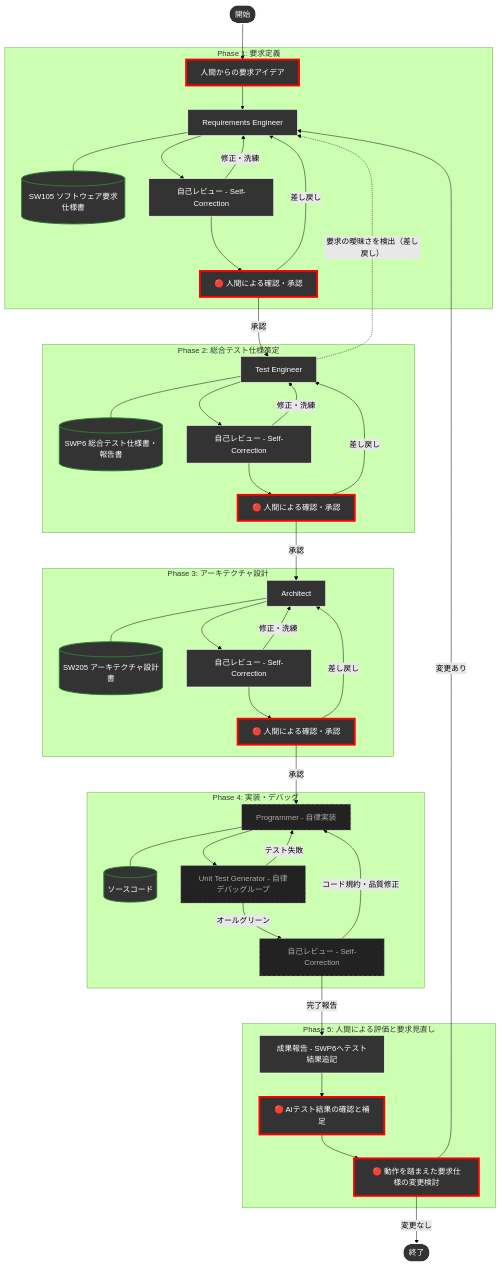
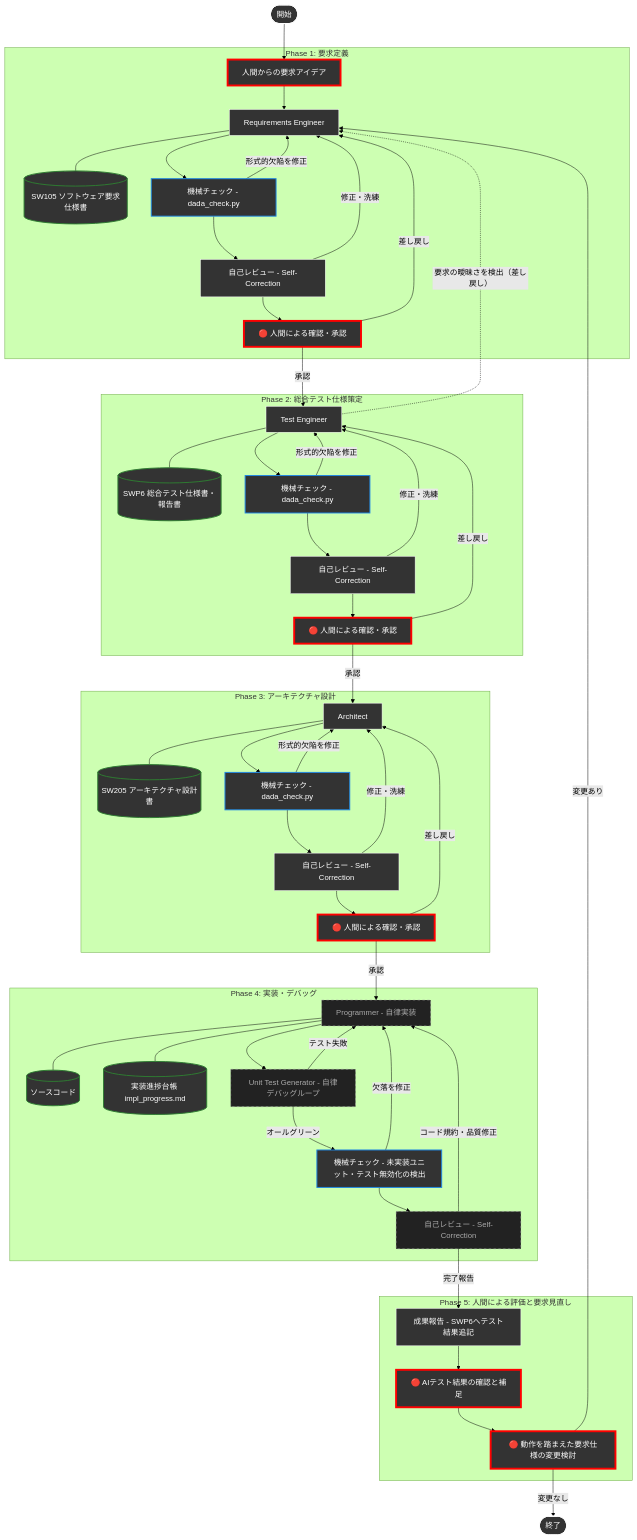
The diagram in README.md (yamaPiT/DADAProcess), drawn with Mermaid (forest theme) before and after one commit. The commit also changed other lines of this file and 24 other files, not shown here.

````diff
--- a/README.md
+++ b/README.md
@@ -246,62 +251,73 @@
 ```mermaid
 graph TD
     Start(["開始"]) --> UserReq["人間からの要求アイデア"]
 
     subgraph P1 ["Phase 1: 要求定義"]
         UserReq --> Req["Requirements Engineer"]
         Req --- ReqDoc[("SW105 ソフトウェア要求仕様書")]
-        Req --> ReqRev["自己レビュー - Self-Correction"]
+        Req --> ReqChk["機械チェック - dada_check.py"]
+        ReqChk -- 形式的欠陥を修正 --> Req
+        ReqChk --> ReqRev["自己レビュー - Self-Correction"]
         ReqRev -- 修正・洗練 --> Req
         ReqRev --> ReqHum["🔴 人間による確認・承認"]
         ReqHum -- 差し戻し --> Req
     end
 
     subgraph P2 ["Phase 2: 総合テスト仕様策定"]
         ReqHum -- 承認 --> TestPlan["Test Engineer"]
         TestPlan --- TestDoc[("SWP6 総合テスト仕様書・報告書")]
-        TestPlan --> TestRev["自己レビュー - Self-Correction"]
+        TestPlan --> TestChk["機械チェック - dada_check.py"]
+        TestChk -- 形式的欠陥を修正 --> TestPlan
+        TestChk --> TestRev["自己レビュー - Self-Correction"]
         TestRev -- 修正・洗練 --> TestPlan
         TestRev --> TestHum["🔴 人間による確認・承認"]
         TestHum -- 差し戻し --> TestPlan
     end
     TestPlan -. 要求の曖昧さを検出（差し戻し） .-> Req
 
     subgraph P3 ["Phase 3: アーキテクチャ設計"]
         TestHum -- 承認 --> Arch["Architect"]
         Arch --- ArchDoc[("SW205 アーキテクチャ設計書")]
-        Arch --> ArchRev["自己レビュー - Self-Correction"]
+        Arch --> ArchChk["機械チェック - dada_check.py"]
+        ArchChk -- 形式的欠陥を修正 --> Arch
+        ArchChk --> ArchRev["自己レビュー - Self-Correction"]
         ArchRev -- 修正・洗練 --> Arch
         ArchRev --> ArchHum["🔴 人間による確認・承認"]
         ArchHum -- 差し戻し --> Arch
     end
 
     subgraph P4 ["Phase 4: 実装・デバッグ"]
         ArchHum -- 承認 --> Impl["Programmer - 自律実装"]
         Impl --- ProgDoc[("ソースコード")]
+        Impl --- Ledger[("実装進捗台帳 impl_progress.md")]
         Impl --> ImplLoop["Unit Test Generator - 自律デバッグループ"]
         ImplLoop -- テスト失敗 --> Impl
-        ImplLoop -- オールグリーン --> CodeRev["自己レビュー - Self-Correction"]
+        ImplLoop -- オールグリーン --> CodeChk["機械チェック - 未実装ユニット・テスト無効化の検出"]
+        CodeChk -- 欠落を修正 --> Impl
+        CodeChk --> CodeRev["自己レビュー - Self-Correction"]
         CodeRev -- コード規約・品質修正 --> Impl
     end
 
     subgraph P5 ["Phase 5: 人間による評価と要求見直し"]
         CodeRev -- 完了報告 --> Report["成果報告 - SWP6へテスト結果追記"]
         Report --> Eval1["🔴 AIテスト結果の確認と補足"]
         Eval1 --> Eval2["🔴 動作を踏まえた要求仕様の変更検討"]
     end
     Eval2 -- 変更あり --> Req
     Eval2 -- 変更なし --> End(["終了"])
 
     %% スタイル定義
     classDef human fill:#333333,stroke:#ff0000,stroke-width:4px,color:#ffffff;
     classDef agent fill:#333333,stroke:#FFFFFF,stroke-width:1px,color:#ffffff;
     classDef doc fill:#333333,stroke:#2e7d32,stroke-width:2px,color:#ffffff;
+    classDef tool fill:#333333,stroke:#1e88e5,stroke-width:2px,color:#ffffff;
     classDef hiddenAgent fill:#222222,stroke:#aaaaaa,stroke-width:1px,stroke-dasharray: 5 5,color:#aaaaaa;
     classDef startEnd fill:#333333,stroke:#ffffff,stroke-width:2px,color:#ffffff;
 
     class UserReq,ReqHum,ArchHum,TestHum,Eval1,Eval2 human;
     class Req,ReqRev,Arch,ArchRev,TestPlan,TestRev,Report agent;
+    class ReqChk,TestChk,ArchChk,CodeChk tool;
     class Impl,ImplLoop,CodeRev hiddenAgent;
-    class ReqDoc,ArchDoc,ProgDoc,TestDoc doc;
+    class ReqDoc,ArchDoc,ProgDoc,TestDoc,Ledger doc;
     class Start,End startEnd;
 ```
````
